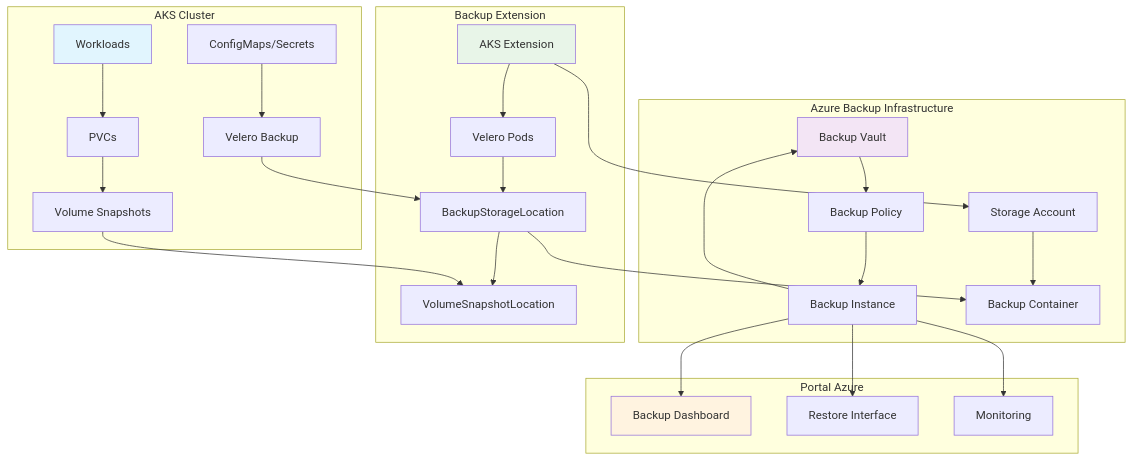
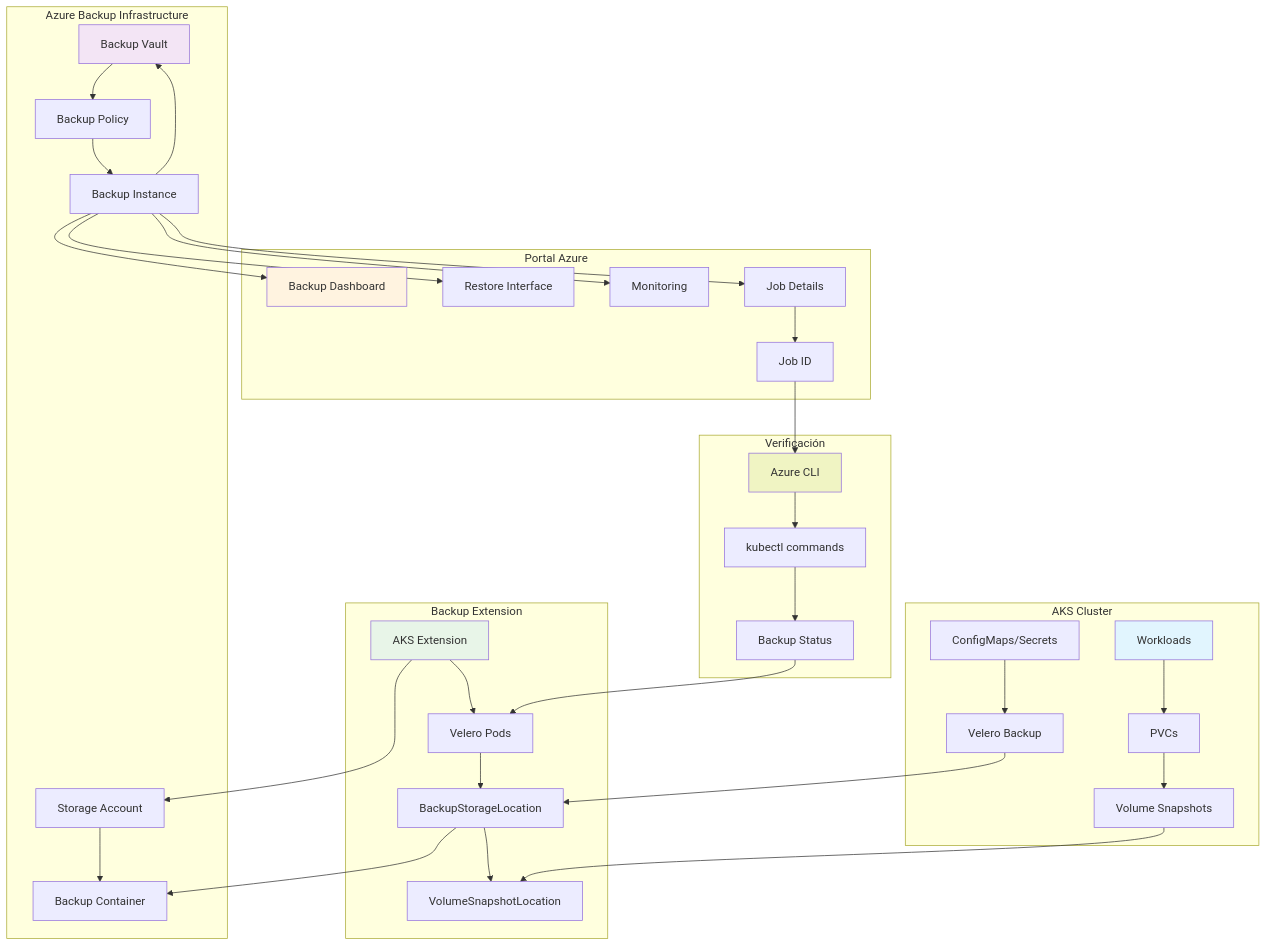
Before and after one commit to giovanemere/iac-ai-enhanced-aks-dev: the first of 18 diagrams in docs/backup-complete-guide.md, drawn with Mermaid. The commit also changed other lines of this file and 10 other files, not shown here.

````diff
--- a/docs/backup-complete-guide.md
+++ b/docs/backup-complete-guide.md
@@ -11,41 +40,52 @@
 ```mermaid
 graph TB
     subgraph "AKS Cluster"
         A[Workloads] --> B[PVCs]
         B --> C[Volume Snapshots]
         D[ConfigMaps/Secrets] --> E[Velero Backup]
     end
     
     subgraph "Azure Backup Infrastructure"
         F[Backup Vault] --> G[Backup Policy]
         G --> H[Backup Instance]
         I[Storage Account] --> J[Backup Container]
     end
     
     subgraph "Backup Extension"
         K[AKS Extension] --> L[Velero Pods]
         L --> M[BackupStorageLocation]
         M --> N[VolumeSnapshotLocation]
     end
     
+    subgraph "Portal Azure"
+        O[Backup Dashboard]
+        P[Restore Interface]
+        Q[Monitoring]
+        R[Job Details] --> S[Job ID]
+    end
+    
+    subgraph "Verificación"
+        T[Azure CLI] --> U[kubectl commands]
+        U --> V[Backup Status]
+    end
+    
     C --> N
     E --> M
     M --> J
     H --> F
     K --> I
     
-    subgraph "Portal Azure"
-        O[Backup Dashboard]
-        P[Restore Interface]
-        Q[Monitoring]
-    end
-    
     H --> O
     H --> P
     H --> Q
+    H --> R
+    
+    S --> T
+    V --> L
     
     style A fill:#e1f5fe
     style F fill:#f3e5f5
     style K fill:#e8f5e8
     style O fill:#fff3e0
+    style T fill:#f0f4c3
 ```
````
